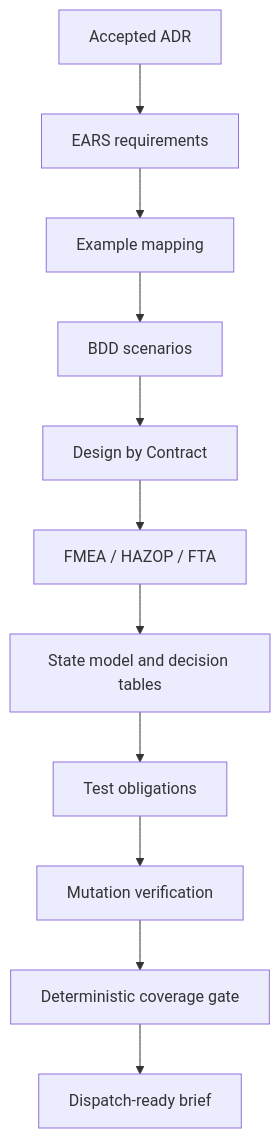
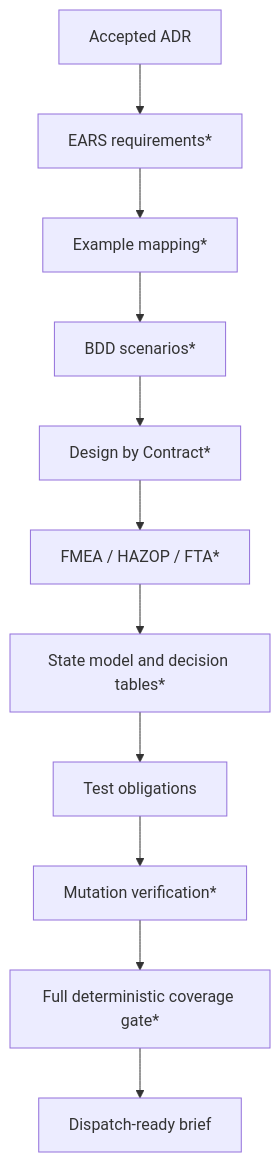
Before and after one commit to BLuchterhand/Idiom: the second of 3 diagrams in docs/obsidian/20 - Product Workflow and Behavioral Coverage.md, drawn with Mermaid. The commit also changed other lines of this file and 16 other files, not shown here.

Commit message:
docs: mark roadmap items in obsidian notes

````diff
--- a/docs/obsidian/20 - Product Workflow and Behavioral Coverage.md
+++ b/docs/obsidian/20 - Product Workflow and Behavioral Coverage.md
@@ -93,13 +96,13 @@
 ```mermaid
 flowchart TD
-    ADR["Accepted ADR"] --> EARS["EARS requirements"]
-    EARS --> Examples["Example mapping"]
-    Examples --> BDD["BDD scenarios"]
-    BDD --> Contracts["Design by Contract"]
-    Contracts --> Failure["FMEA / HAZOP / FTA"]
-    Failure --> State["State model and decision tables"]
+    ADR["Accepted ADR"] --> EARS["EARS requirements*"]
+    EARS --> Examples["Example mapping*"]
+    Examples --> BDD["BDD scenarios*"]
+    BDD --> Contracts["Design by Contract*"]
+    Contracts --> Failure["FMEA / HAZOP / FTA*"]
+    Failure --> State["State model and decision tables*"]
     State --> Tests["Test obligations"]
-    Tests --> Mutation["Mutation verification"]
-    Mutation --> Gate["Deterministic coverage gate"]
+    Tests --> Mutation["Mutation verification*"]
+    Mutation --> Gate["Full deterministic coverage gate*"]
     Gate --> Brief["Dispatch-ready brief"]
 ```
````
